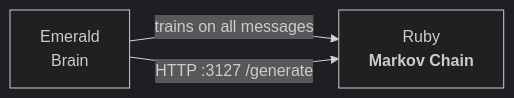
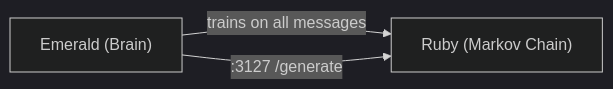
One commit to protocol-luna/ruby changed the diagram in README.md. Above: the diagram before and after it, drawn with Mermaid (dark theme).

Commit message:
fix: replace graph+br with flowchart for Mermaid compat

````diff
--- a/README.md
+++ b/README.md
@@ -23,5 +23,5 @@
 ```mermaid
-graph LR
-    Emerald["Emerald<br/>Brain"] -- "trains on all messages" --> Ruby["Ruby<br/><strong>Markov Chain</strong>"]
-    Emerald -- "HTTP :3127 /generate" --> Ruby
+flowchart LR
+    Emerald["Emerald (Brain)"] -- "trains on all messages" --> Ruby["Ruby (Markov Chain)"]
+    Emerald -- ":3127 /generate" --> Ruby
 ```
````
